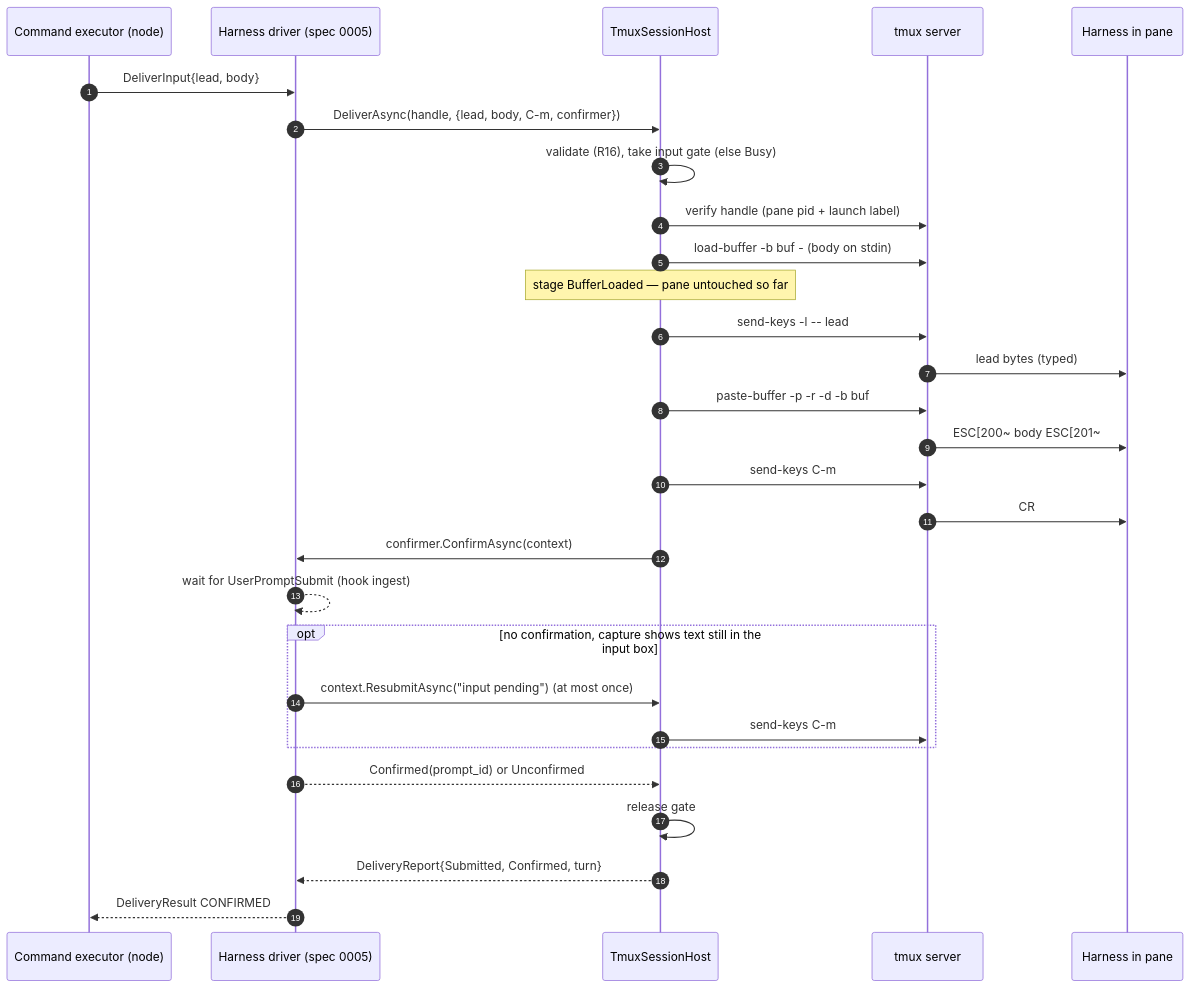
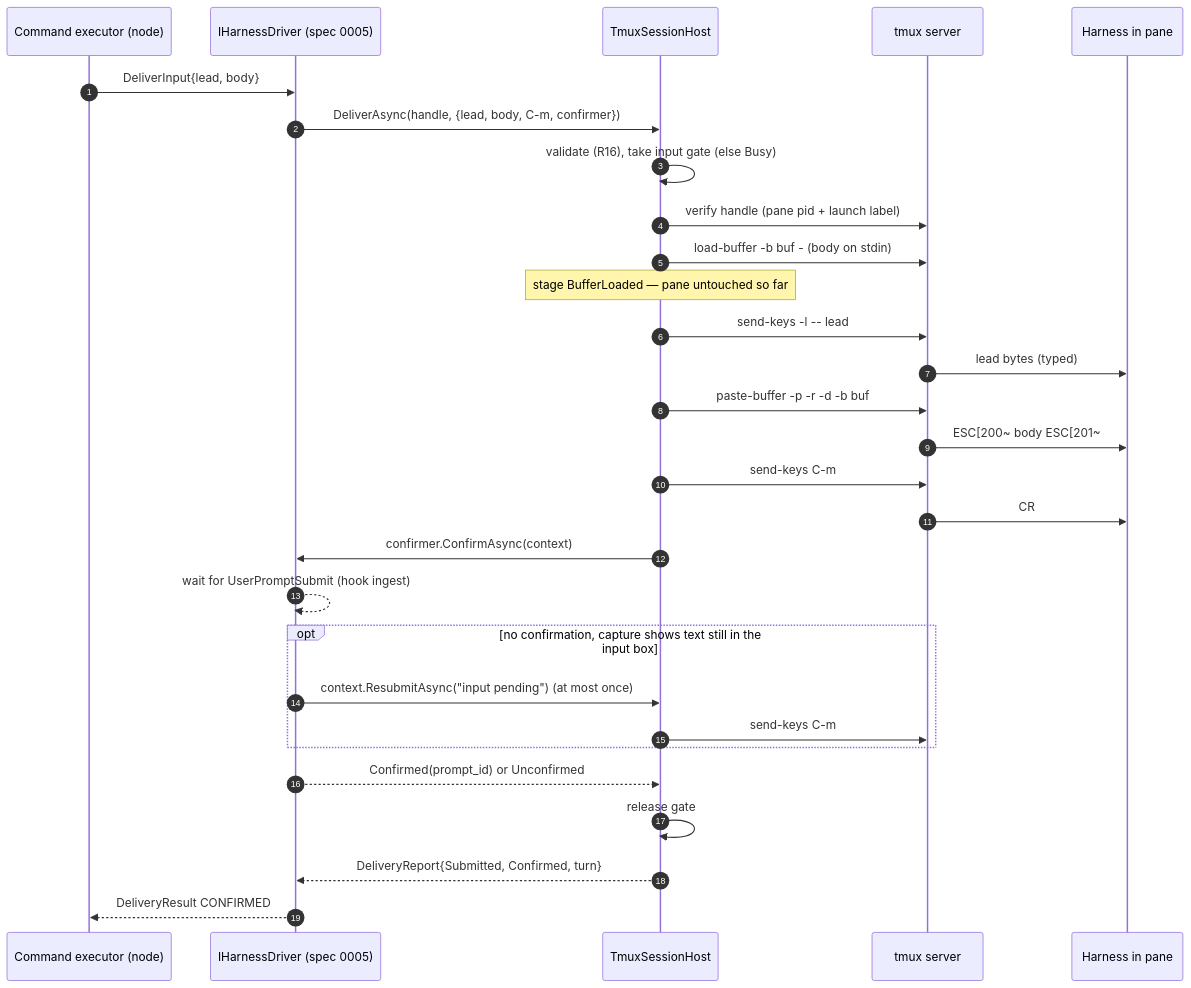
One commit to aiakos-hq/aiakos changed the diagram in docs/specs/0004-tmux-session-host.md. Above: the diagram before and after it, drawn with Mermaid. The commit also changed other lines of this file, not shown here.

````diff
--- a/docs/specs/0004-tmux-session-host.md
+++ b/docs/specs/0004-tmux-session-host.md
@@ -598,31 +617,31 @@
 ```mermaid
 sequenceDiagram
     autonumber
     participant X as Command executor (node)
-    participant D as Harness driver (spec 0005)
+    participant D as IHarnessDriver (spec 0005)
     participant H as TmuxSessionHost
     participant T as tmux server
     participant P as Harness in pane
     X->>D: DeliverInput{lead, body}
     D->>H: DeliverAsync(handle, {lead, body, C-m, confirmer})
     H->>H: validate (R16), take input gate (else Busy)
     H->>T: verify handle (pane pid + launch label)
     H->>T: load-buffer -b buf - (body on stdin)
     Note over H: stage BufferLoaded — pane untouched so far
     H->>T: send-keys -l -- lead
     T->>P: lead bytes (typed)
     H->>T: paste-buffer -p -r -d -b buf
     T->>P: ESC[200~ body ESC[201~
     H->>T: send-keys C-m
     T->>P: CR
     H->>D: confirmer.ConfirmAsync(context)
     D-->>D: wait for UserPromptSubmit (hook ingest)
     opt no confirmation, capture shows text still in the input box
         D->>H: context.ResubmitAsync("input pending")  (at most once)
         H->>T: send-keys C-m
     end
     D-->>H: Confirmed(prompt_id) or Unconfirmed
     H->>H: release gate
     H-->>D: DeliveryReport{Submitted, Confirmed, turn}
     D-->>X: DeliveryResult CONFIRMED
 ```
````
